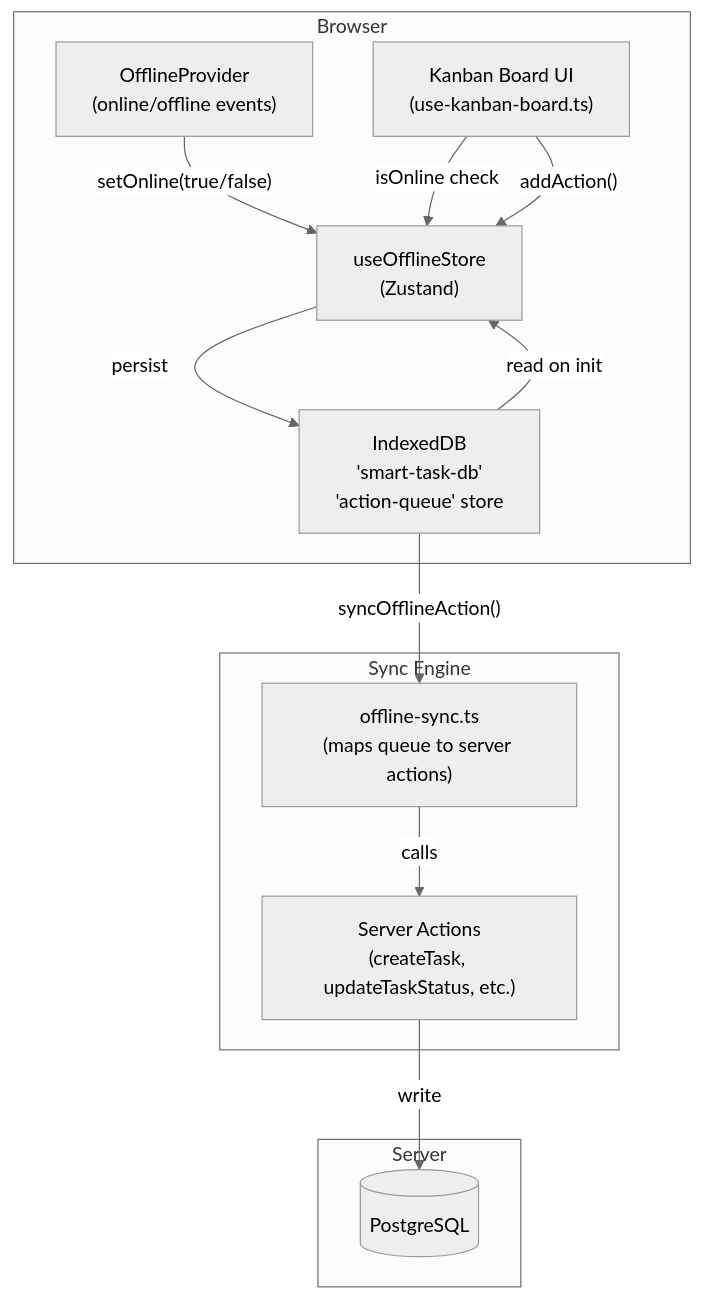
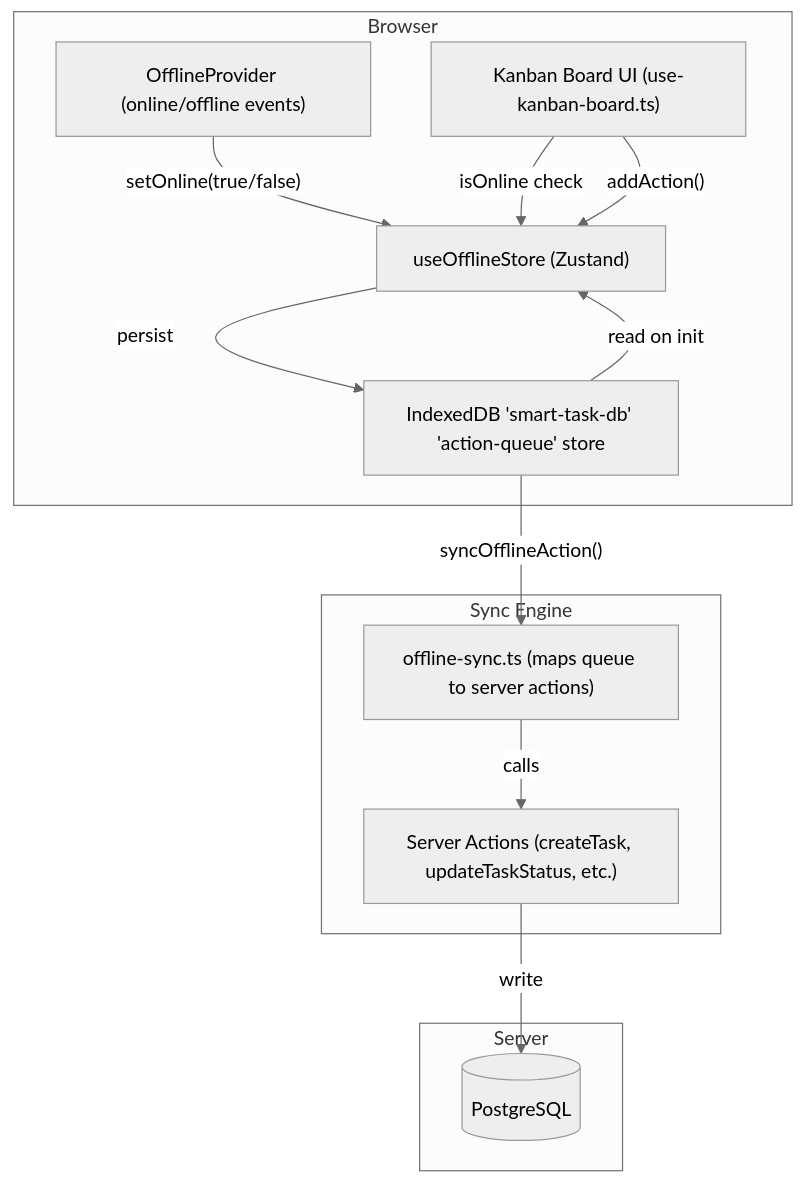
Before and after one commit to asefahmed500/Smart-Task-App_IIT_DU_Final_Project: the first of 7 diagrams in docs/08-offline-queue.md, drawn with Mermaid (neutral theme). The commit also changed other lines of this file and 8 other files, not shown here.

Commit message:
fix: remove br tags from mermaid diagrams for GitHub rendering

````diff
--- a/docs/08-offline-queue.md
+++ b/docs/08-offline-queue.md
@@ -24,27 +24,27 @@
 ```mermaid
 graph TB
     subgraph "Browser"
-        PROVIDER["OfflineProvider<br/>(online/offline events)"]
-        ZUSTAND["useOfflineStore<br/>(Zustand)"]
-        IDB["IndexedDB<br/>'smart-task-db'<br/>'action-queue' store"]
-        UI["Kanban Board UI<br/>(use-kanban-board.ts)"]
+        PROVIDER["OfflineProvider (online/offline events)"]
+        ZUSTAND["useOfflineStore (Zustand)"]
+        IDB["IndexedDB 'smart-task-db' 'action-queue' store"]
+        UI["Kanban Board UI (use-kanban-board.ts)"]
     end
 
     subgraph "Sync Engine"
-        SYNC["offline-sync.ts<br/>(maps queue to server actions)"]
-        ACTIONS["Server Actions<br/>(createTask, updateTaskStatus, etc.)"]
+        SYNC["offline-sync.ts (maps queue to server actions)"]
+        ACTIONS["Server Actions (createTask, updateTaskStatus, etc.)"]
     end
 
     subgraph "Server"
         DB[("PostgreSQL")]
     end
 
     PROVIDER -->|"setOnline(true/false)"| ZUSTAND
     UI -->|"isOnline check"| ZUSTAND
     UI -->|"addAction()"| ZUSTAND
     ZUSTAND -->|"persist"| IDB
     IDB -->|"read on init"| ZUSTAND
     IDB -->|"syncOfflineAction()"| SYNC
     SYNC -->|"calls"| ACTIONS
     ACTIONS -->|"write"| DB
 ```
````
